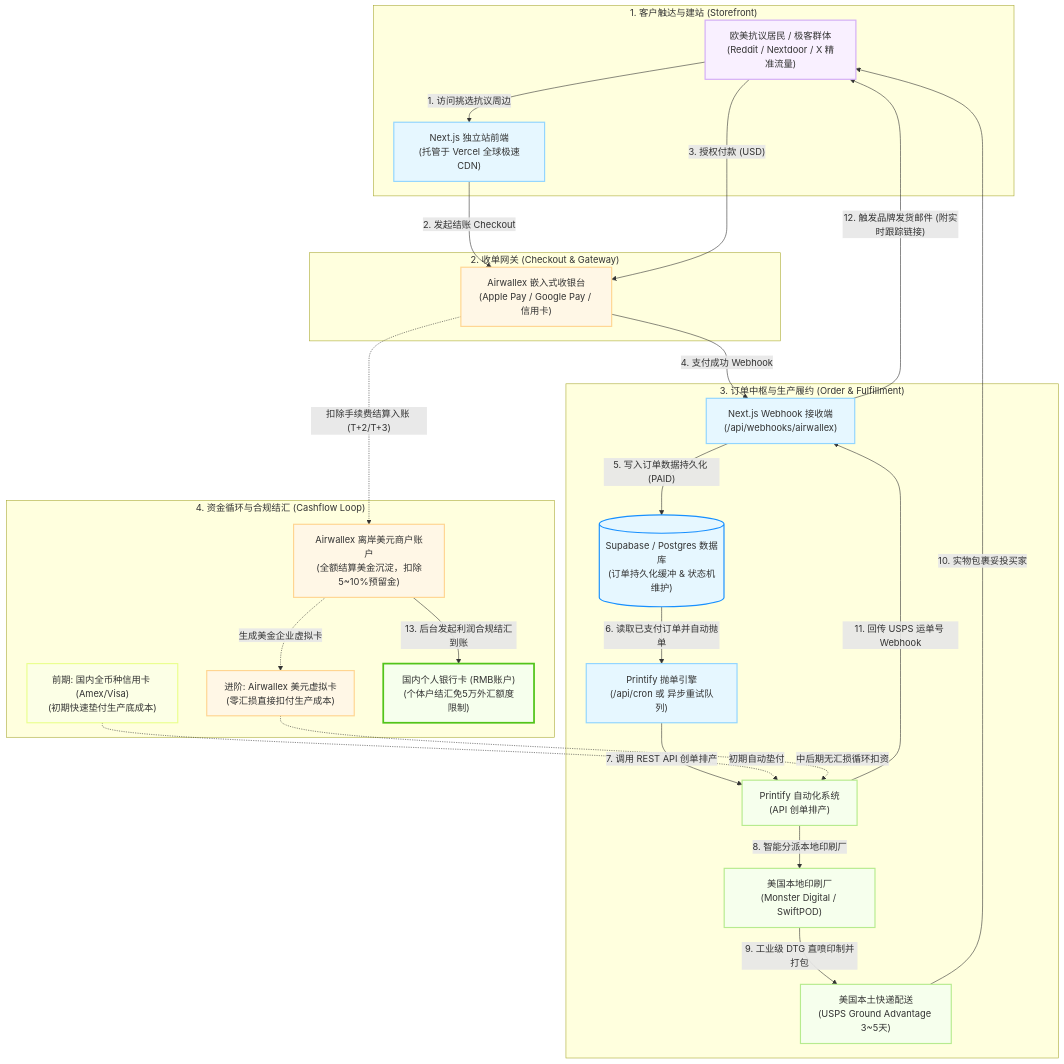
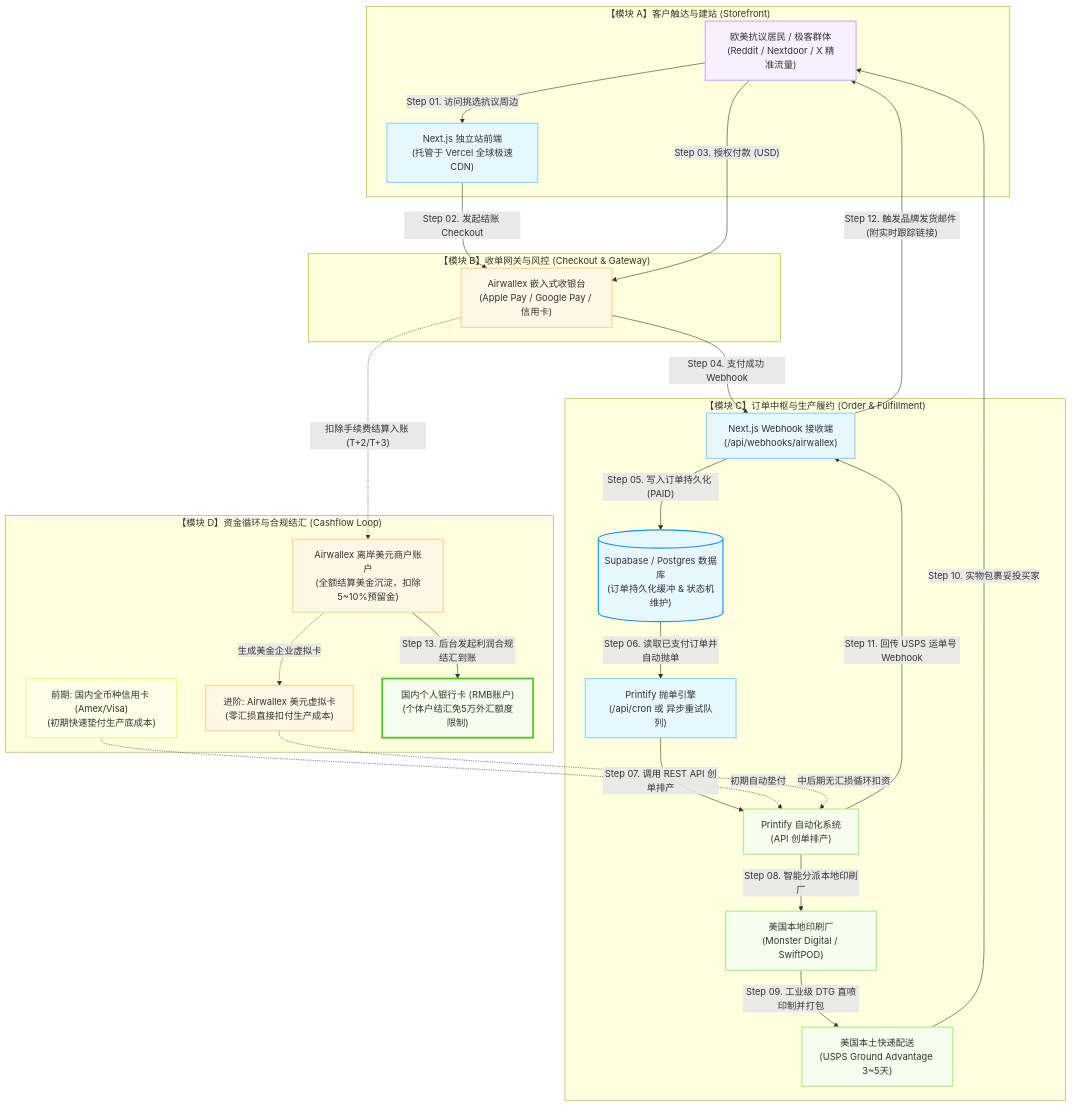
One commit to chenzhui/tomato-raccoon changed the diagram in tomato-raccoon/BUSINESS_WORKFLOW.md. Above: the diagram before and after it, drawn with Mermaid. The commit also changed other lines of this file and 9 other files, not shown here.

````diff
--- a/tomato-raccoon/BUSINESS_WORKFLOW.md
+++ b/tomato-raccoon/BUSINESS_WORKFLOW.md
@@ -11,69 +11,69 @@
 ```mermaid
 flowchart TD
     %% 样式定义
     classDef buyer fill:#f9f0ff,stroke:#d3adf7,stroke-width:2px;
     classDef web fill:#e6f7ff,stroke:#91d5ff,stroke-width:2px;
     classDef pay fill:#fff7e6,stroke:#ffd591,stroke-width:2px;
     classDef factory fill:#f6ffed,stroke:#b7eb8f,stroke-width:2px;
     classDef bank fill:#fcffe6,stroke:#eaff8f,stroke-width:2px;
 
-    %% 模块1: 流量与独立站前端
-    subgraph S1 ["1. 客户触达与建站 (Storefront)"]
+    %% 模块 A: 客户触达与独立站前端
+    subgraph S1 ["【模块 A】客户触达与建站 (Storefront)"]
         A["欧美抗议居民 / 极客群体<br/>(Reddit / Nextdoor / X 精准流量)"]:::buyer
         B["Next.js 独立站前端<br/>(托管于 Vercel 全球极速CDN)"]:::web
     end
 
-    %% 模块2: 结账与收单网关
-    subgraph S2 ["2. 收单网关 (Checkout & Gateway)"]
+    %% 模块 B: 结账与收单网关
+    subgraph S2 ["【模块 B】收单网关与风控 (Checkout & Gateway)"]
         C["Airwallex 嵌入式收银台<br/>(Apple Pay / Google Pay / 信用卡)"]:::pay
     end
 
-    %% 模块3: 订单中枢与自动履约
-    subgraph S3 ["3. 订单中枢与生产履约 (Order & Fulfillment)"]
+    %% 模块 C: 订单中枢与自动履约
+    subgraph S3 ["【模块 C】订单中枢与生产履约 (Order & Fulfillment)"]
         D1["Next.js Webhook 接收端<br/>(/api/webhooks/airwallex)"]:::web
         DB[("Supabase / Postgres 数据库<br/>(订单持久化缓冲 & 状态机维护)")]:::web
         D2["Printify 抛单引擎<br/>(/api/cron 或 异步重试队列)"]:::web
         E["Printify 自动化系统<br/>(API 创单排产)"]:::factory
         F["美国本地印刷厂<br/>(Monster Digital / SwiftPOD)"]:::factory
         G["美国本土快递配送<br/>(USPS Ground Advantage 3~5天)"]:::factory
     end
 
-    %% 模块4: 资金循环与合规回国
-    subgraph S4 ["4. 资金循环与合规结汇 (Cashflow Loop)"]
+    %% 模块 D: 资金循环与合规回国
+    subgraph S4 ["【模块 D】资金循环与合规结汇 (Cashflow Loop)"]
         H1["前期: 国内全币种信用卡 (Amex/Visa)<br/>(初期快速垫付生产底成本)"]:::bank
         I["Airwallex 离岸美元商户账户<br/>(全额结算美金沉淀，扣除5~10%预留金)"]:::pay
         H2["进阶: Airwallex 美元虚拟卡<br/>(零汇损直接扣付生产成本)"]:::pay
         J["国内个人银行卡 (RMB账户)<br/>(个体户结汇免5万外汇额度限制)"]:::bank
     end
 
-    %% --- 业务主链路 ---
-    A -->|"1. 访问挑选抗议周边"| B
-    B -->|"2. 发起结账 Checkout"| C
-    A -->|"3. 授权付款 (USD)"| C
+    %% --- 业务主链路时序 ---
+    A -->|"Step 01. 访问挑选抗议周边"| B
+    B -->|"Step 02. 发起结账 Checkout"| C
+    A -->|"Step 03. 授权付款 (USD)"| C
 
-    C -->|"4. 支付成功 Webhook"| D1
-    D1 -->|"5. 写入订单数据持久化 (PAID)"| DB
-    DB -->|"6. 读取已支付订单并自动抛单"| D2
-    D2 -->|"7. 调用 REST API 创单排产"| E
+    C -->|"Step 04. 支付成功 Webhook"| D1
+    D1 -->|"Step 05. 写入订单持久化 (PAID)"| DB
+    DB -->|"Step 06. 读取已支付订单并自动抛单"| D2
+    D2 -->|"Step 07. 调用 REST API 创单排产"| E
 
     %% 垫资扣费链路
     H1 -.->|"初期自动垫付"| E
     H2 -.->|"中后期无汇损循环扣资"| E
     I -.->|"生成美金企业虚拟卡"| H2
 
-    %% 生产与发货
-    E -->|"8. 智能分派本地印刷厂"| F
-    F -->|"9. 工业级 DTG 直喷印制并打包"| G
-    G -->|"10. 实物包裹妥投买家"| A
+    %% 生产与发货时序
+    E -->|"Step 08. 智能分派本地印刷厂"| F
+    F -->|"Step 09. 工业级 DTG 直喷印制并打包"| G
+    G -->|"Step 10. 实物包裹妥投买家"| A
 
     %% --- 反向物流追踪闭环 ---
-    E -->|"11. 回传 USPS 运单号 Webhook"| D1
-    D1 -->|"12. 触发品牌发货邮件 (附实时跟踪链接)"| A
+    E -->|"Step 11. 回传 USPS 运单号 Webhook"| D1
+    D1 -->|"Step 12. 触发品牌发货邮件 (附实时跟踪链接)"| A
 
     %% --- 资金结算与结汇闭环 ---
     C -.->|"扣除手续费结算入账 (T+2/T+3)"| I
-    I -->|"13. 后台发起利润合规结汇到账"| J
+    I -->|"Step 13. 后台发起利润合规结汇到账"| J
 
     style J fill:#f6ffed,stroke:#52c41a,stroke-width:3px;
     style DB fill:#e6f7ff,stroke:#1890ff,stroke-width:2px;
 ```
````
